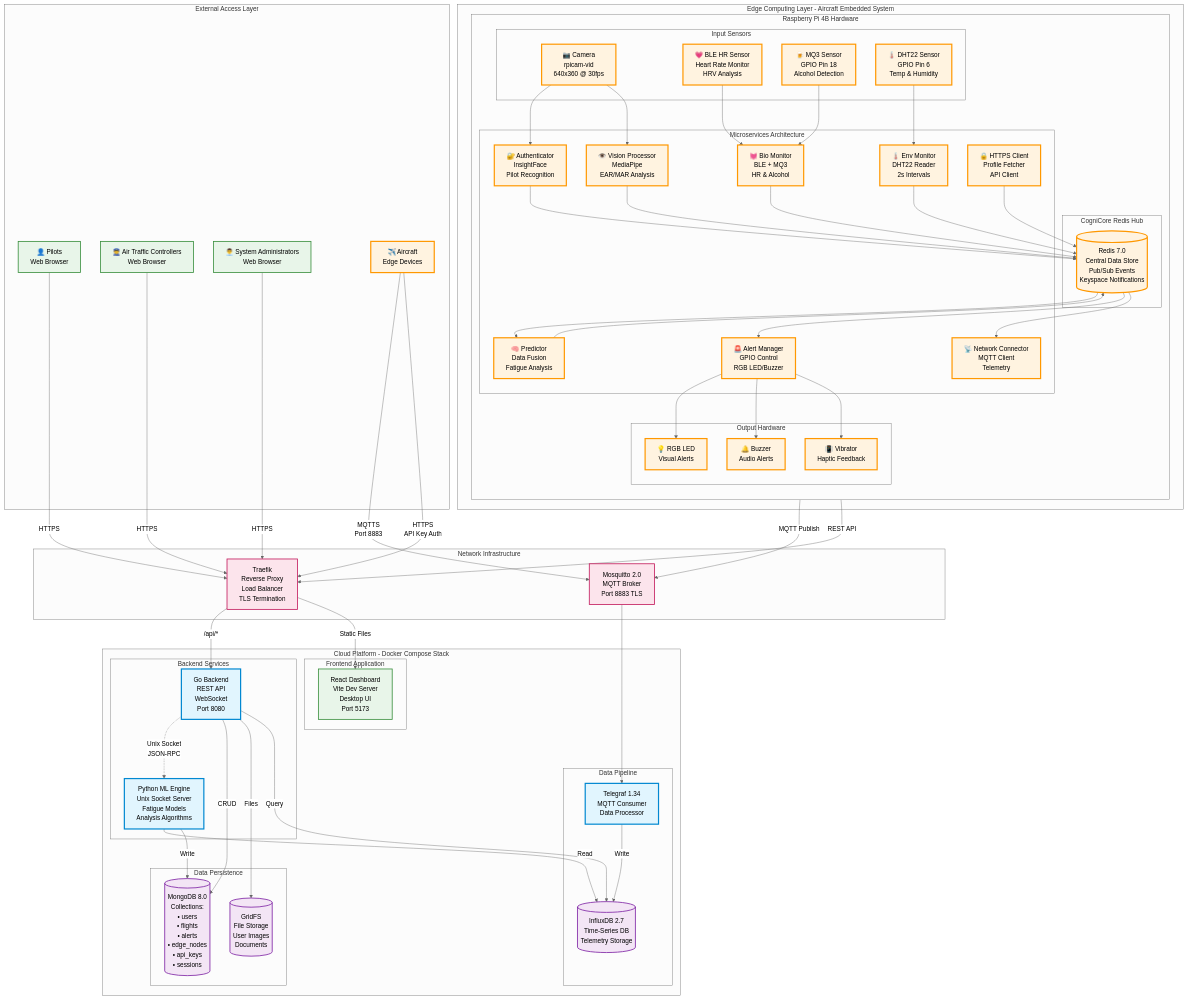
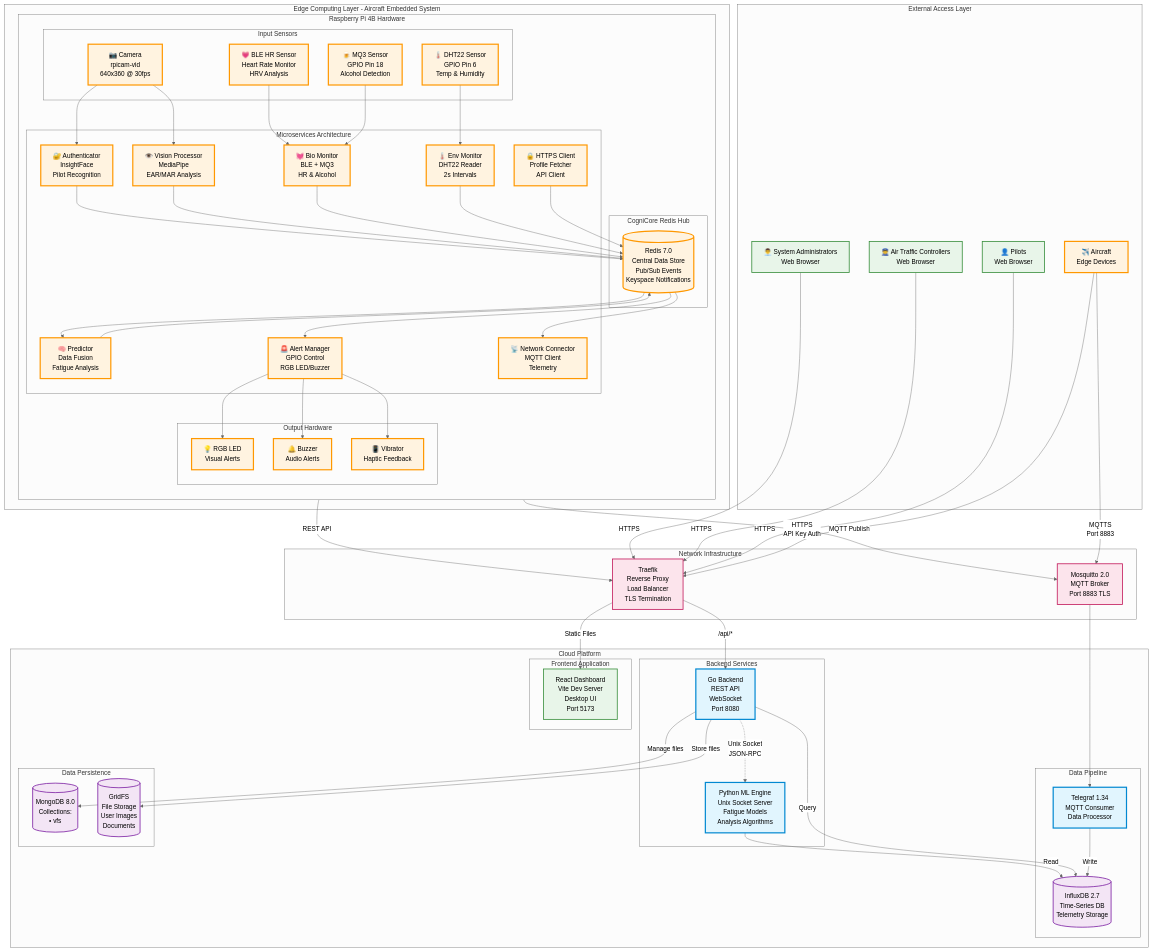
The first of 4 diagrams in docs/demo.md (jeremiafourie/cogniflight-edge), drawn with Mermaid (neutral theme) before and after one commit.

```diff
--- a/docs/demo.md
+++ b/docs/demo.md
@@ -76,7 +76,7 @@
     end
     
     %% Cloud Infrastructure Layer
-    subgraph "Cloud Platform - Docker Compose Stack"
+    subgraph "Cloud Platform"
         subgraph "Data Pipeline"
             TELEGRAF[Telegraf 1.34<br/>MQTT Consumer<br/>Data Processor]
             INFLUX[(InfluxDB 2.7<br/>Time-Series DB<br/>Telemetry Storage)]
@@ -90,7 +90,7 @@
         end
         
         subgraph "Data Persistence"
-            MONGO[(MongoDB 8.0<br/>Collections:<br/>• users<br/>• flights<br/>• alerts<br/>• edge_nodes<br/>• api_keys<br/>• sessions)]
+            MONGO[(MongoDB 8.0<br/>Collections:<br/>• vfs)]
             GRIDFS[(GridFS<br/>File Storage<br/>User Images<br/>Documents)]
         end
         
@@ -117,12 +117,11 @@
     MQTT_BROKER --> TELEGRAF
     TELEGRAF -->|Write| INFLUX
     
-    GO_API -->|CRUD| MONGO
-    GO_API -->|Files| GRIDFS
+    GO_API -->|Manage files| MONGO
+    GO_API -->|Store files| GRIDFS
     GO_API -->|Query| INFLUX
     
     ML_ENGINE -->|Read| INFLUX
-    ML_ENGINE -->|Write| MONGO
     
     %% Styling
     classDef edge fill:#fff3e0,stroke:#ff9800,stroke-width:3px
```
